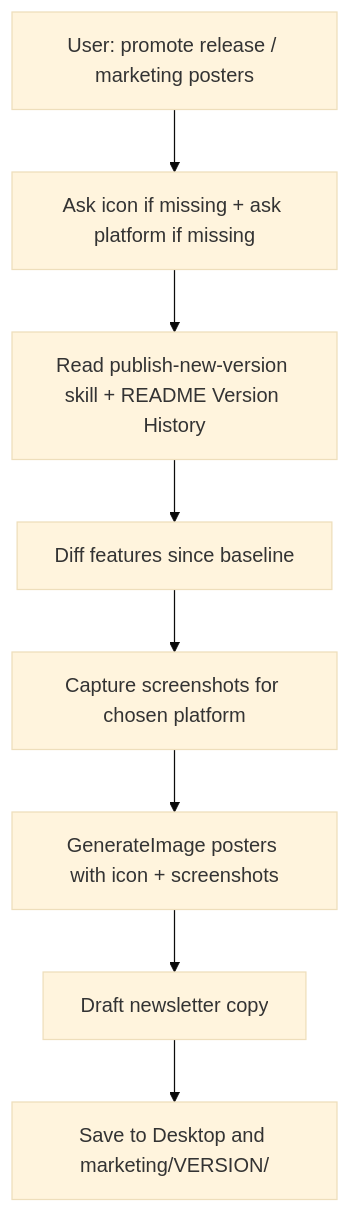
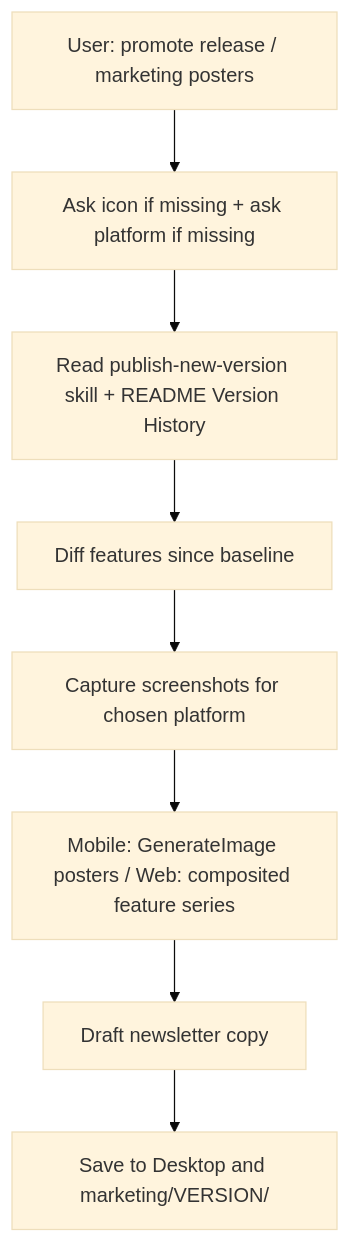
One commit to carrick87/promote-app-release changed the diagram in SKILL.md. Above: the diagram before and after it, drawn with Mermaid (base theme). The commit also changed other lines of this file and 4 other files, not shown here.

Commit message:
Add web feature series: one composited image per feature from real captures

````diff
--- a/SKILL.md
+++ b/SKILL.md
@@ -87,12 +92,12 @@
 ```mermaid
 flowchart TD
   trigger[User: promote release / marketing posters]
   ask[Ask icon if missing + ask platform if missing]
   readPub[Read publish-new-version skill + README Version History]
   delta[Diff features since baseline]
   shots[Capture screenshots for chosen platform]
-  gen[GenerateImage posters with icon + screenshots]
+  gen[Mobile: GenerateImage posters / Web: composited feature series]
   news[Draft newsletter copy]
   out[Save to Desktop and marketing/VERSION/]
   trigger --> ask --> readPub --> delta --> shots --> gen --> news --> out
 ```
````
